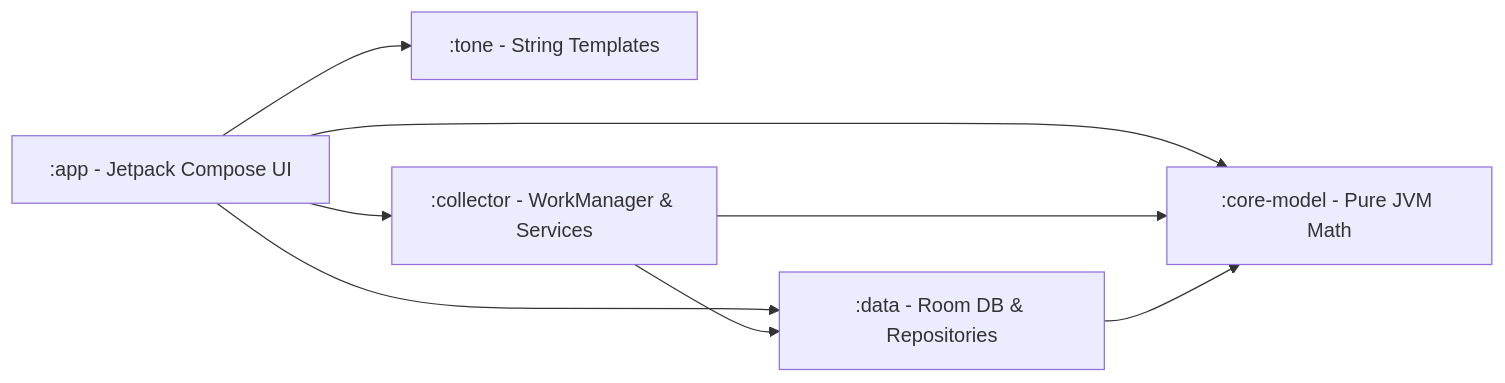
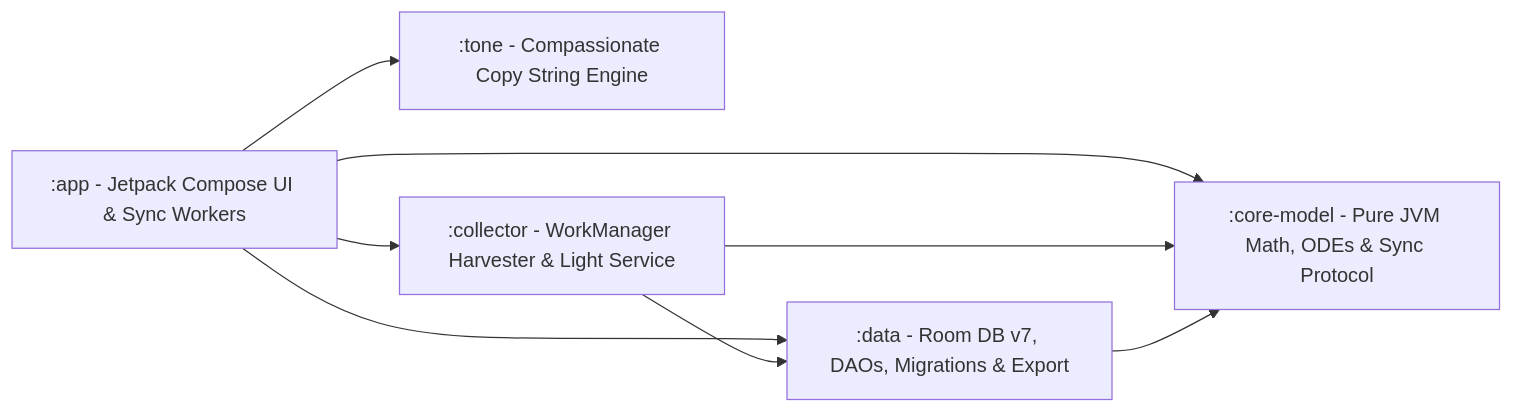
One commit to Anbu-00001/Nocturne changed the fifth of 5 diagrams in README.md. Above: the diagram before and after it, drawn with Mermaid. The commit also changed other lines of this file and 1 other file, not shown here.

Commit message:
Update README with Phase 5 Wi-Fi LAN sync, BOCPD sentinel, and live test validation

````diff
--- a/README.md
+++ b/README.md
@@ -92,10 +291,16 @@
 ```mermaid
 graph LR
-    app[":app - Jetpack Compose UI"] --> data[":data - Room DB & Repositories"]
-    app --> core_model[":core-model - Pure JVM Math"]
-    app --> tone[":tone - String Templates"]
-    app --> collector[":collector - WorkManager & Services"]
+    app[":app - Jetpack Compose UI & Sync Workers"]
+    data[":data - Room DB v7, DAOs, Migrations & Export"]
+    core_model[":core-model - Pure JVM Math, ODEs & Sync Protocol"]
+    tone[":tone - Compassionate Copy String Engine"]
+    collector[":collector - WorkManager Harvester & Light Service"]
+
+    app --> data
+    app --> core_model
+    app --> tone
+    app --> collector
     collector --> data
     collector --> core_model
     data --> core_model
 ```
````
